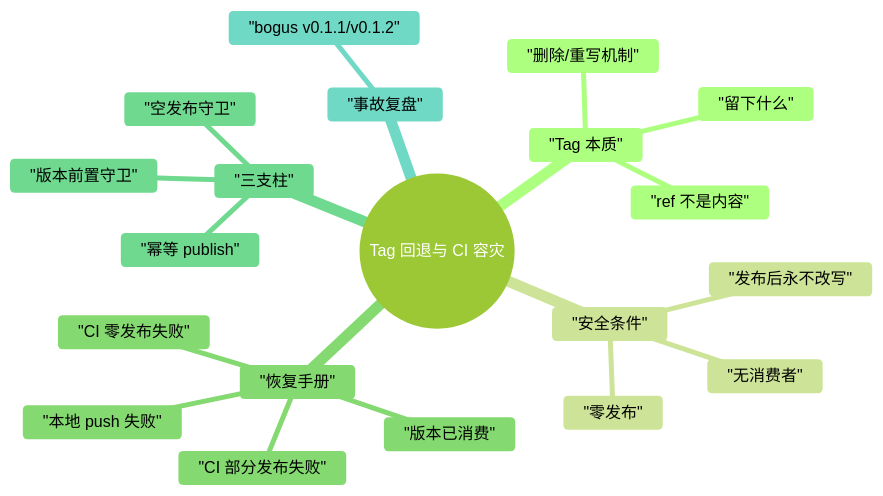
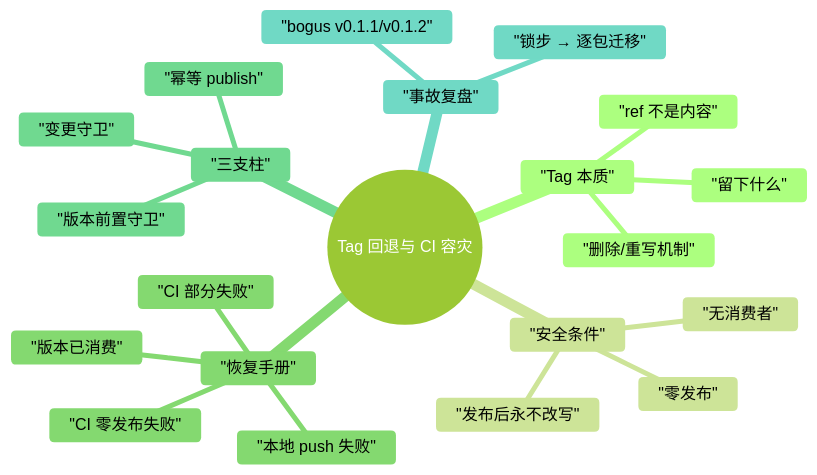
The diagram in docs/tag回退与CI容灾.md (yceachan/ea-pi-extensions), drawn with Mermaid (forest theme) before and after one commit. The commit also changed other lines of this file and 14 other files, not shown here.

````diff
--- a/docs/tag回退与CI容灾.md
+++ b/docs/tag回退与CI容灾.md
@@ -13,23 +13,24 @@
 ```mermaid
 mindmap
   root((Tag 回退与 CI 容灾))
     "Tag 本质"
       "ref 不是内容"
       "删除/重写机制"
       "留下什么"
     "安全条件"
       "零发布"
       "无消费者"
       "发布后永不改写"
     "恢复手册"
       "本地 push 失败"
       "CI 零发布失败"
-      "CI 部分发布失败"
+      "CI 部分失败"
       "版本已消费"
     "三支柱"
       "幂等 publish"
-      "空发布守卫"
+      "变更守卫"
       "版本前置守卫"
     "事故复盘"
       "bogus v0.1.1/v0.1.2"
+      "锁步 → 逐包迁移"
 ```
````
